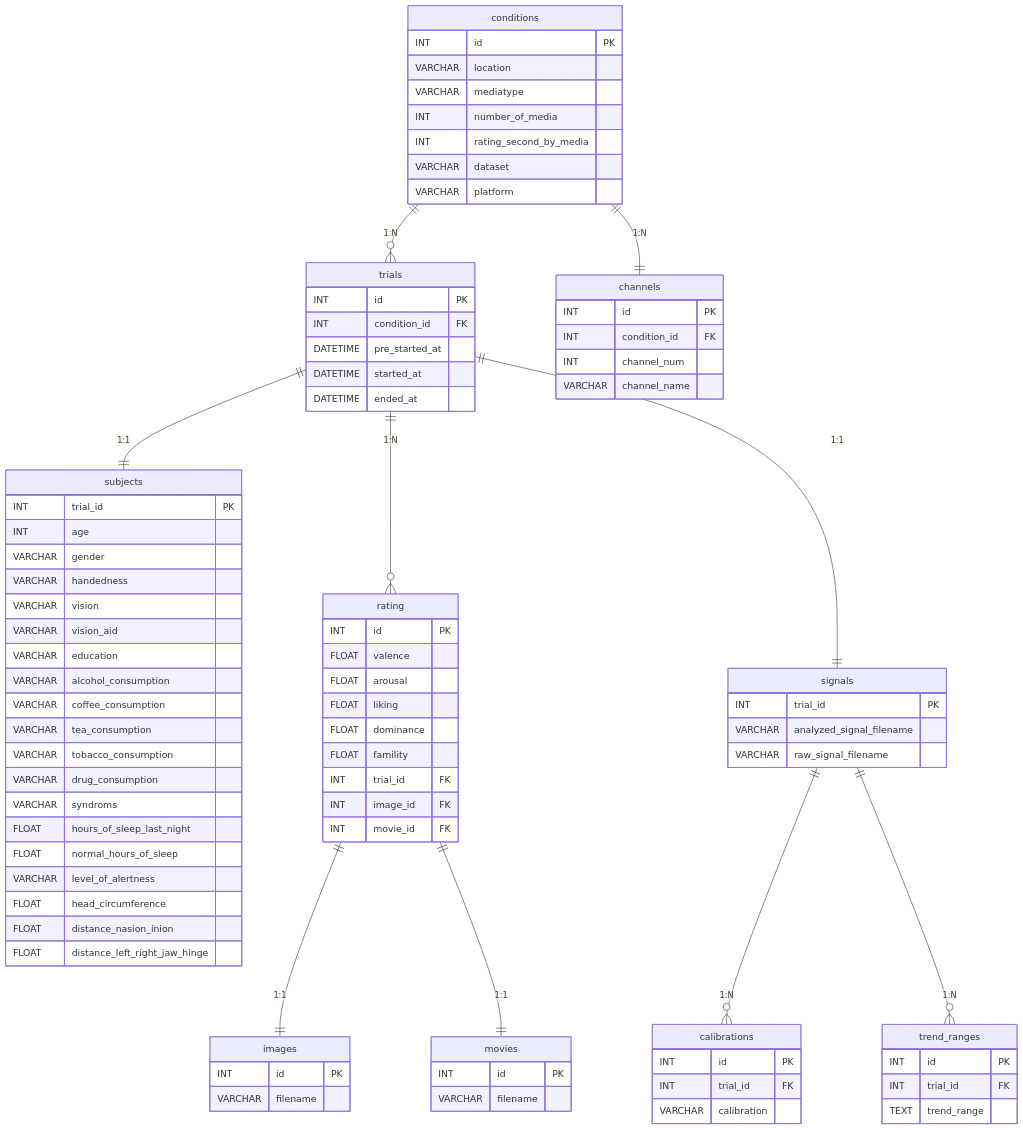
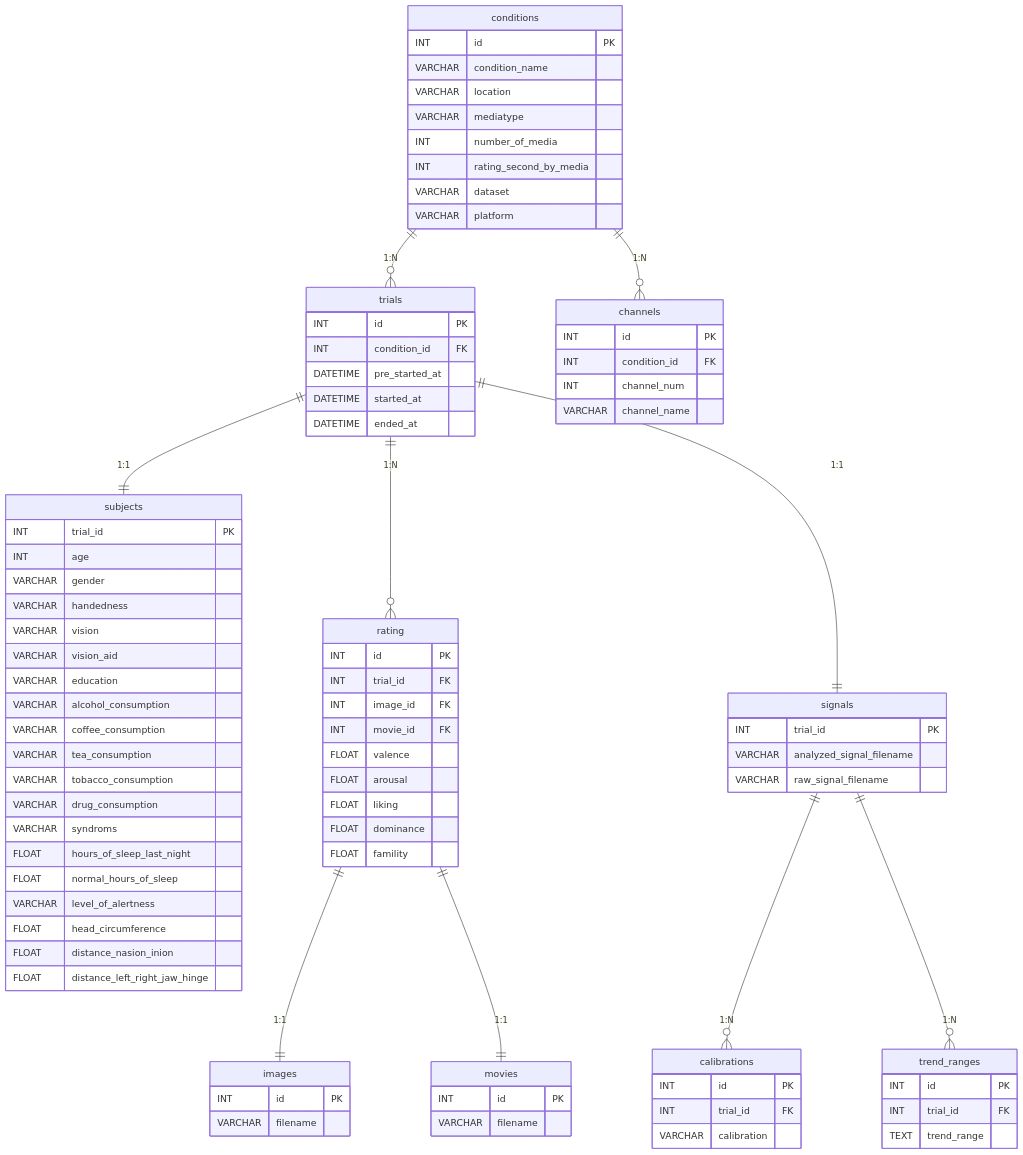
One commit to ISDL-dev/MERS changed the second of 2 diagrams in README.md. Above: the diagram before and after it, drawn with Mermaid. The commit also changed 1 other file, not shown here.

Commit message:
db-remake

````diff
--- a/README.md
+++ b/README.md
@@ -83,7 +83,7 @@
 ```mermaid
 erDiagram
     conditions ||--o{ trials:"1:N"
-    conditions ||--|| channels:"1:N"
+    conditions ||--o{ channels:"1:N"
     trials ||--|| subjects:"1:1"
     rating ||--|| images:"1:1"
     rating ||--|| movies:"1:1"
@@ -99,7 +99,8 @@
     }
 
     conditions {
-        INT id PK           
+        INT id PK  
+        VARCHAR condition_name         
         VARCHAR location
         VARCHAR mediatype
         INT number_of_media    
@@ -168,13 +169,13 @@
 
     rating {
         INT id PK
+        INT trial_id FK
+        INT image_id FK
+        INT movie_id FK
         FLOAT valence
         FLOAT arousal
         FLOAT liking
         FLOAT dominance
         FLOAT famility
-        INT trial_id FK
-        INT image_id FK
-        INT movie_id FK
     }
 ```
````
